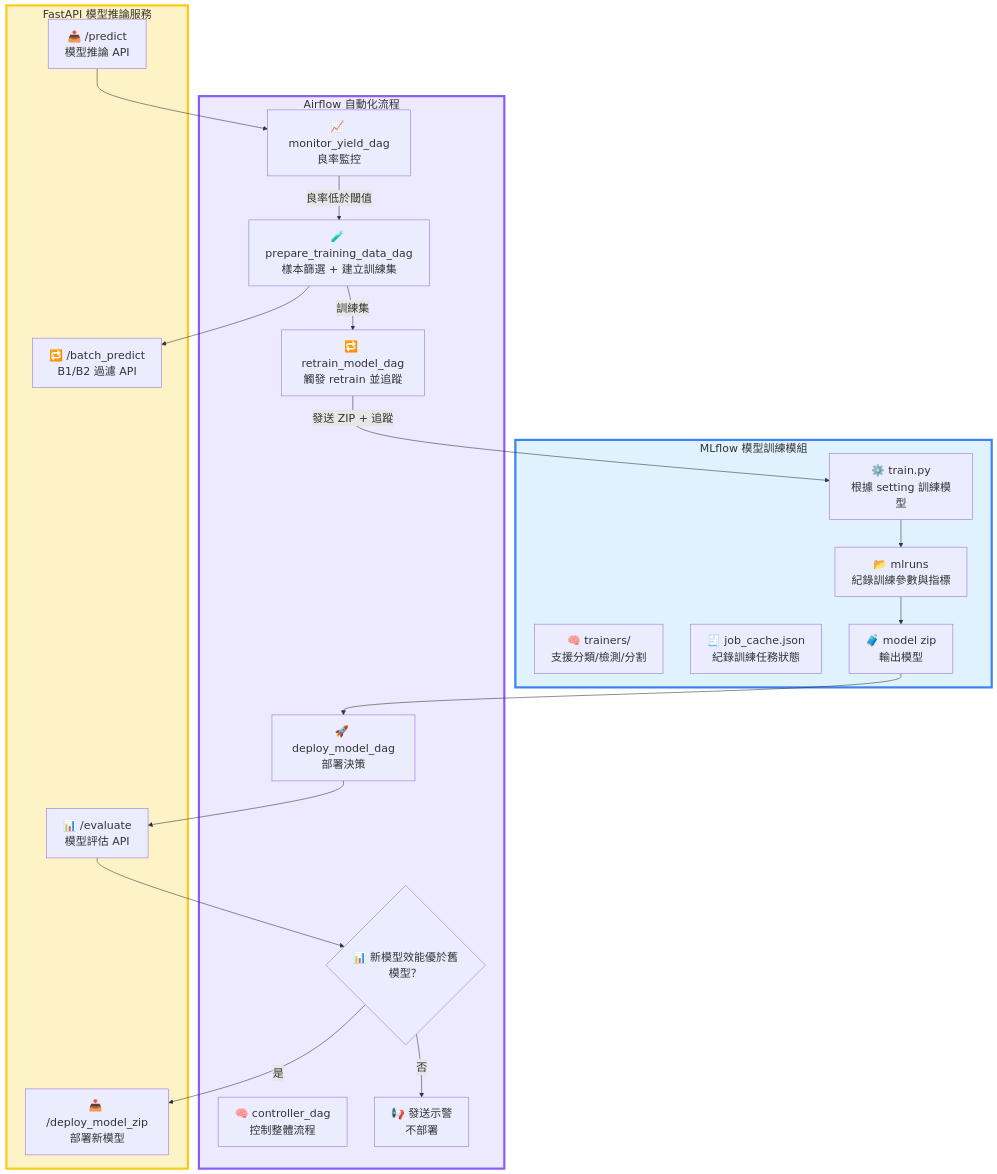
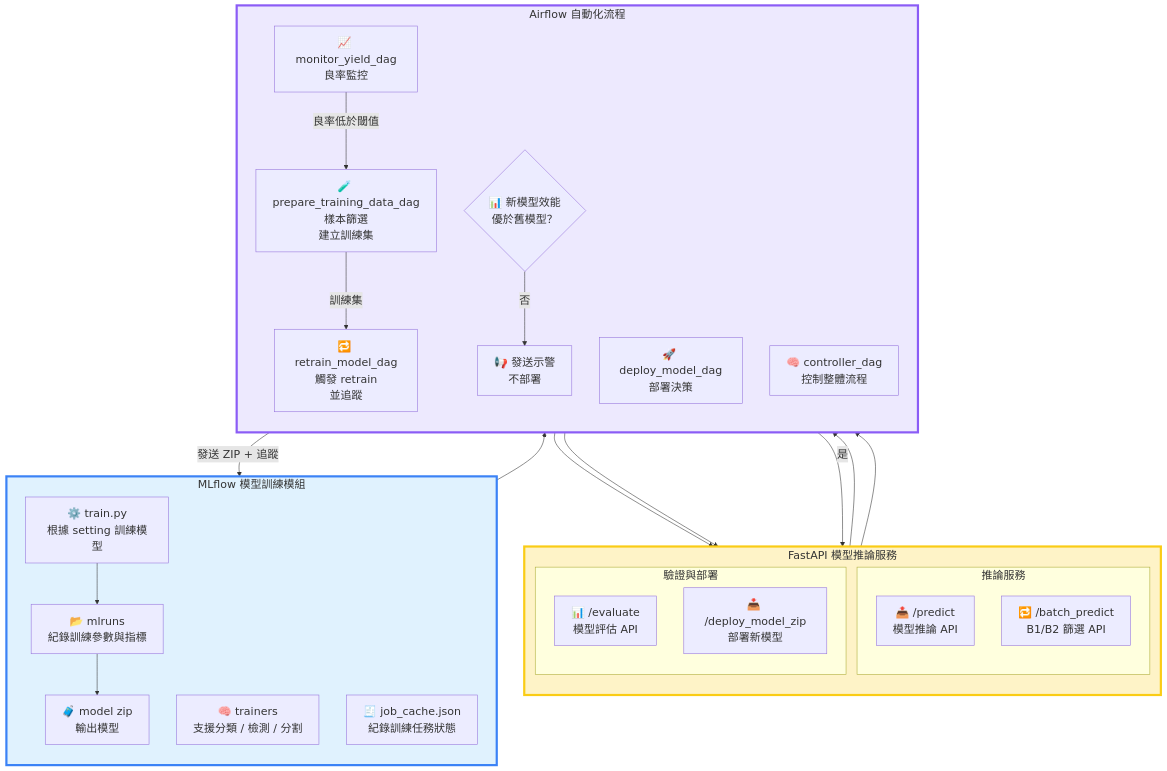
One commit to OzHsu23/model_iteration_in_MLOps changed the second of 2 diagrams in README.md. Above: the diagram before and after it, drawn with Mermaid. The commit also changed other lines of this file and 2 other files, not shown here.

Commit message:
feat: fix typos and improve clarity and ignore airflow-webserver.pid from tracking

````diff
--- a/README.md
+++ b/README.md
@@ -38,56 +38,74 @@
 ```mermaid
-%%{init: {
+%%{init: { 
     "theme": "default",
     "themeVariables": {
         "fontSize": "20px",
         "nodePadding": "15px",               
         "clusterPadding": "25px",           
         "lineStrokeWidth": "3px",           
         "arrowheadSize": "12",              
         "edgeLabelBackground":"#e6e6e6"   
     }
 }}%%
 flowchart TD
-    subgraph sg_fastapi [FastAPI 模型推論服務]
-        A1[📤 /predict<br>模型推論 API]
-        A2[🔁 /batch_predict<br>B1/B2 過濾 API]
-        A3[📥 /deploy_model_zip<br>部署新模型]
-        A4[📊 /evaluate<br>模型評估 API]
+
+    %% 推論服務
+    subgraph s1["推論服務"]
+        A1["📤 /predict<br>模型推論 API"]
+        A2["🔁 /batch_predict<br>B1/B2 篩選 API"]
     end
 
-    subgraph sg_mlflow [MLflow 模型訓練模組]
-        B1[⚙️ train.py<br>根據 setting 訓練模型]
-        B2[🧠 trainers/<br>支援分類/檢測/分割]
-        B3[🧾 job_cache.json<br>紀錄訓練任務狀態]
-        B5[📂 mlruns<br>紀錄訓練參數與指標]
-        B4[🧳 model zip<br>輸出模型]
+    subgraph s2["驗證與部署"]
+        A4["📊 /evaluate<br>模型評估 API"]
+        A3["📥 /deploy_model_zip<br>部署新模型"]
     end
 
-    subgraph sg_airflow [Airflow 自動化流程]
-        C1[📈 monitor_yield_dag<br>良率監控]
-        C2[🧪 prepare_training_data_dag<br>樣本篩選 + 建立訓練集]
-        C3[🔁 retrain_model_dag<br>觸發 retrain 並追蹤]
-        C4[🚀 deploy_model_dag<br>部署決策]
-        C5[🧠 controller_dag<br>控制整體流程]
-        D1{📊 新模型效能優於舊模型？}
-        D2[📢 發送示警<br>不部署]
+    subgraph sg_fastapi["FastAPI 模型推論服務"]
+        direction TB
+        s1
+        s2
     end
 
+    %% MLflow
+    subgraph sg_mlflow["MLflow 模型訓練模組"]
+        direction TB
+        B1["⚙️ train.py<br>根據 setting 訓練模型"]
+        B2["🧠 trainers<br>支援分類 / 檢測 / 分割"]
+        B3["🧾 job_cache.json<br>紀錄訓練任務狀態"]
+        B5["📂 mlruns<br>紀錄訓練參數與指標"]
+        B4["🧳 model zip<br>輸出模型"]
+    end
+
+    %% Airflow 
+    subgraph sg_airflow["Airflow 自動化流程"]
+        direction TB
+        C1["📈 monitor_yield_dag<br>良率監控"]
+        C2["🧪 prepare_training_data_dag<br>樣本篩選<br>建立訓練集"]
+        C3["🔁 retrain_model_dag<br>觸發 retrain<br>並追蹤"]
+        C4["🚀 deploy_model_dag<br>部署決策"]
+        C5["🧠 controller_dag<br>控制整體流程"]
+        D1{"📊 新模型效能<br>優於舊模型？"}
+        D2["📢 發送示警<br>不部署"]
+    end
+
+    %% 邏輯流程
     A1 --> C1
-    C1 -->|良率低於閾值| C2
+    C1 -- 良率低於閾值 --> C2
     C2 --> A2
-    C2 -->|訓練集| C3
-    C3 -->|發送 ZIP + 追蹤| B1
+    C2 -- 訓練集 --> C3
+    C3 -- 發送 ZIP + 追蹤 --> B1
     B1 --> B5
     B5 --> B4
     B4 --> C4
     C4 --> A4
     A4 --> D1
-    D1 -->|是| A3
-    D1 -->|否| D2
+    D1 -- 是 --> A3
+    D1 -- 否 --> D2
 
+    %% 區塊樣式
     style sg_fastapi fill:#fef3c7,stroke:#facc15,stroke-width:4px
     style sg_mlflow fill:#e0f2fe,stroke:#3b82f6,stroke-width:4px
     style sg_airflow fill:#ede9fe,stroke:#8b5cf6,stroke-width:4px
 
+
 ```
````
